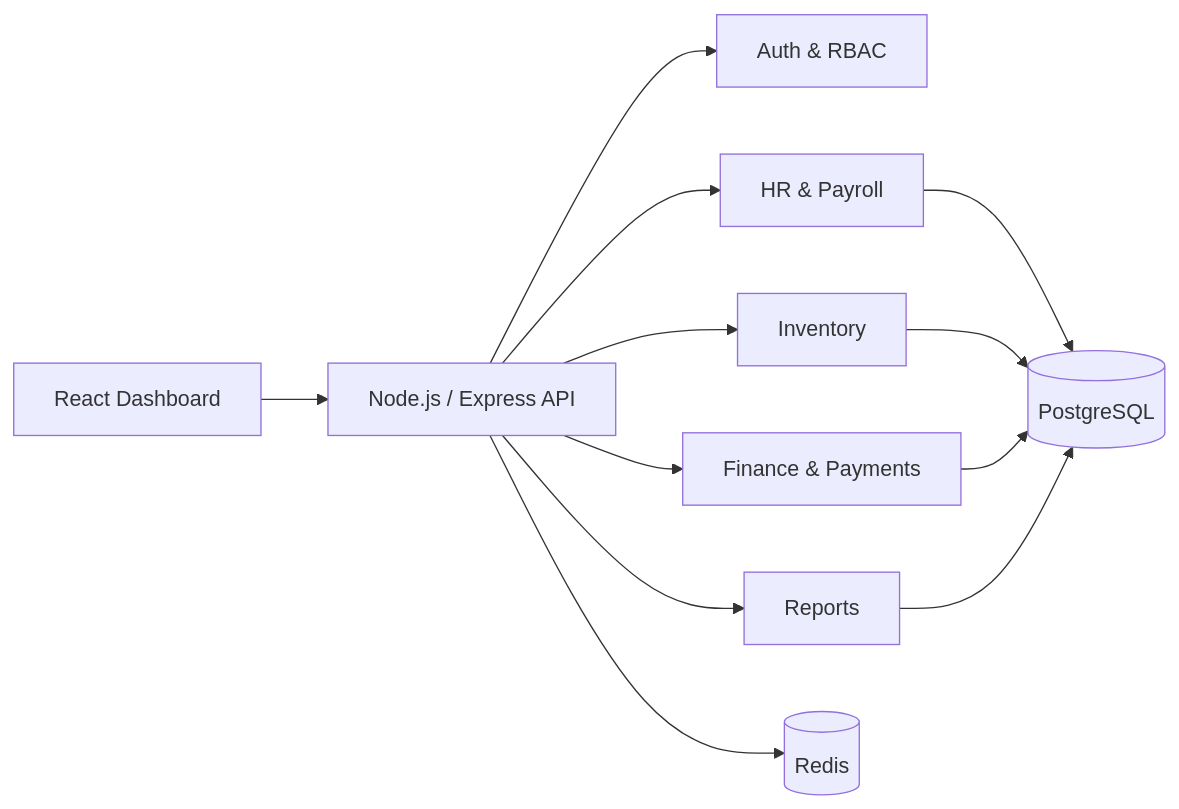
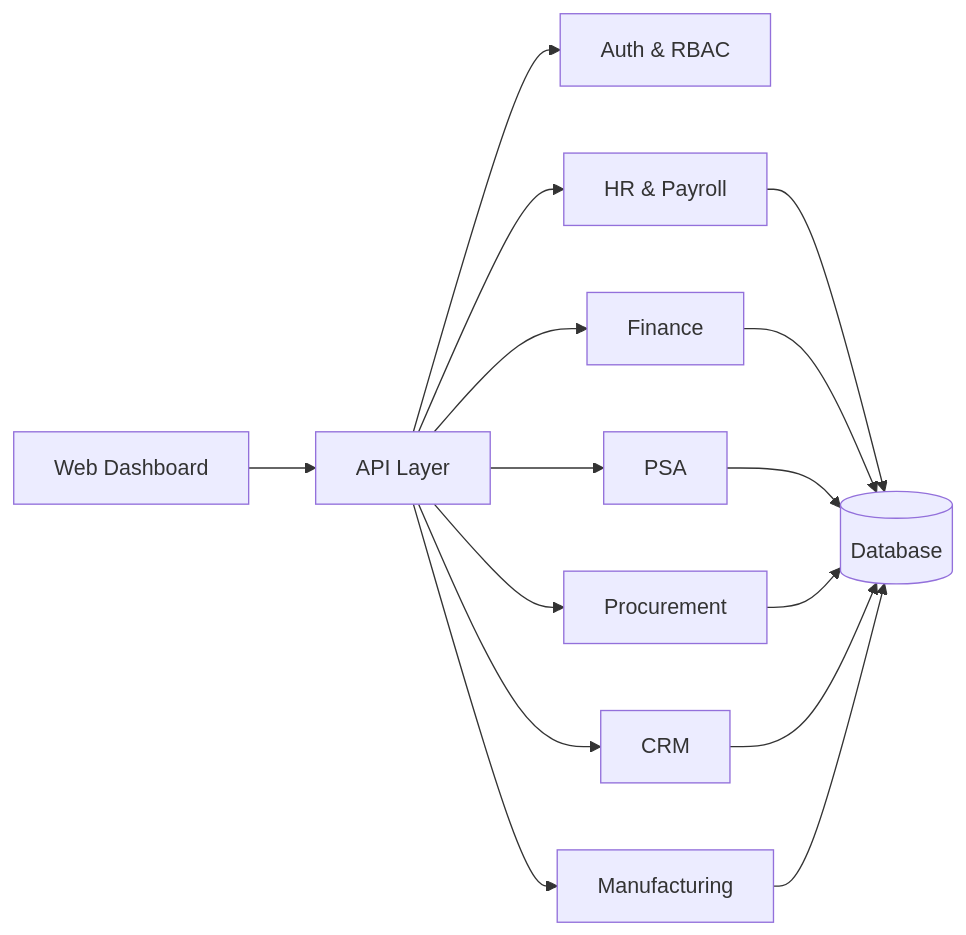
Before and after one commit to xobiya/xobiya: the diagram in README.md, drawn with Mermaid. The commit also changed other lines of this file, not shown here.

````diff
--- a/README.md
+++ b/README.md
@@ -163,11 +115,12 @@
 ```mermaid
 flowchart LR
-  UI[React Dashboard] --> API[Node.js / Express API]
+  UI[Web Dashboard] --> API[API Layer]
   API --> AUTH[Auth & RBAC]
   API --> HR[HR & Payroll]
-  API --> INV[Inventory]
-  API --> FIN[Finance & Payments]
-  API --> REP[Reports]
-  HR & INV & FIN & REP --> DB[(PostgreSQL)]
-  API --> CACHE[(Redis)]
+  API --> FIN[Finance]
+  API --> PSA[PSA]
+  API --> PRO[Procurement]
+  API --> CRM[CRM]
+  API --> MFG[Manufacturing]
+  HR & FIN & PSA & PRO & CRM & MFG --> DB[(Database)]
 ```
````
